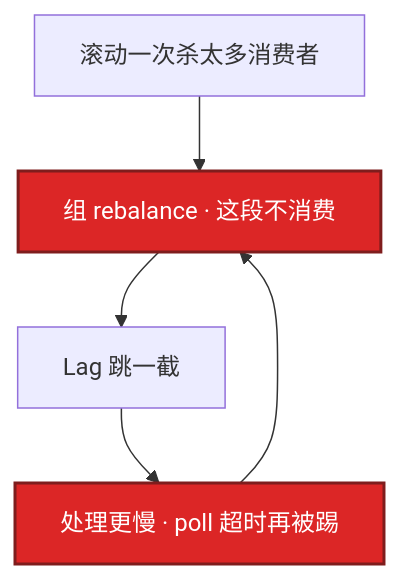
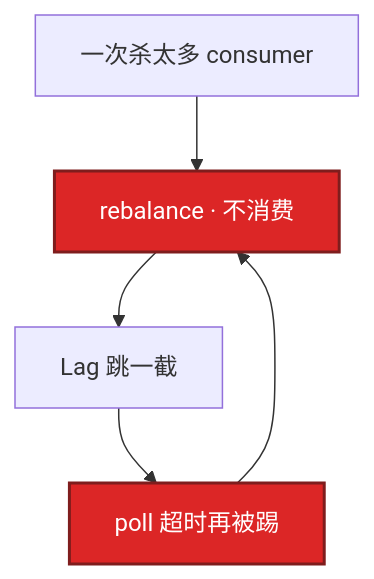
The seventh of 9 diagrams in 03-中间件与数据库/05-Kafka/知识点.md (ml-cuizijun/LearnToLilith), drawn with Mermaid before and after one commit. The commit also changed other lines of this file and 107 other files, not shown here.

````diff
--- a/03-中间件与数据库/05-Kafka/知识点.md
+++ b/03-中间件与数据库/05-Kafka/知识点.md
@@ -332,10 +405,10 @@
 ```mermaid
 flowchart TB
-    A[滚动一次杀太多消费者] --> B[组 rebalance · 这段不消费]
+    A[一次杀太多 consumer] --> B[rebalance · 不消费]
     B --> C[Lag 跳一截]
-    C --> D[处理更慢 · poll 超时再被踢]
+    C --> D[poll 超时再被踢]
     D --> B
 
     classDef bad fill:#DC2626,stroke:#7F1D1D,stroke-width:2px,color:#fff
     class B,D bad
 ```
````
